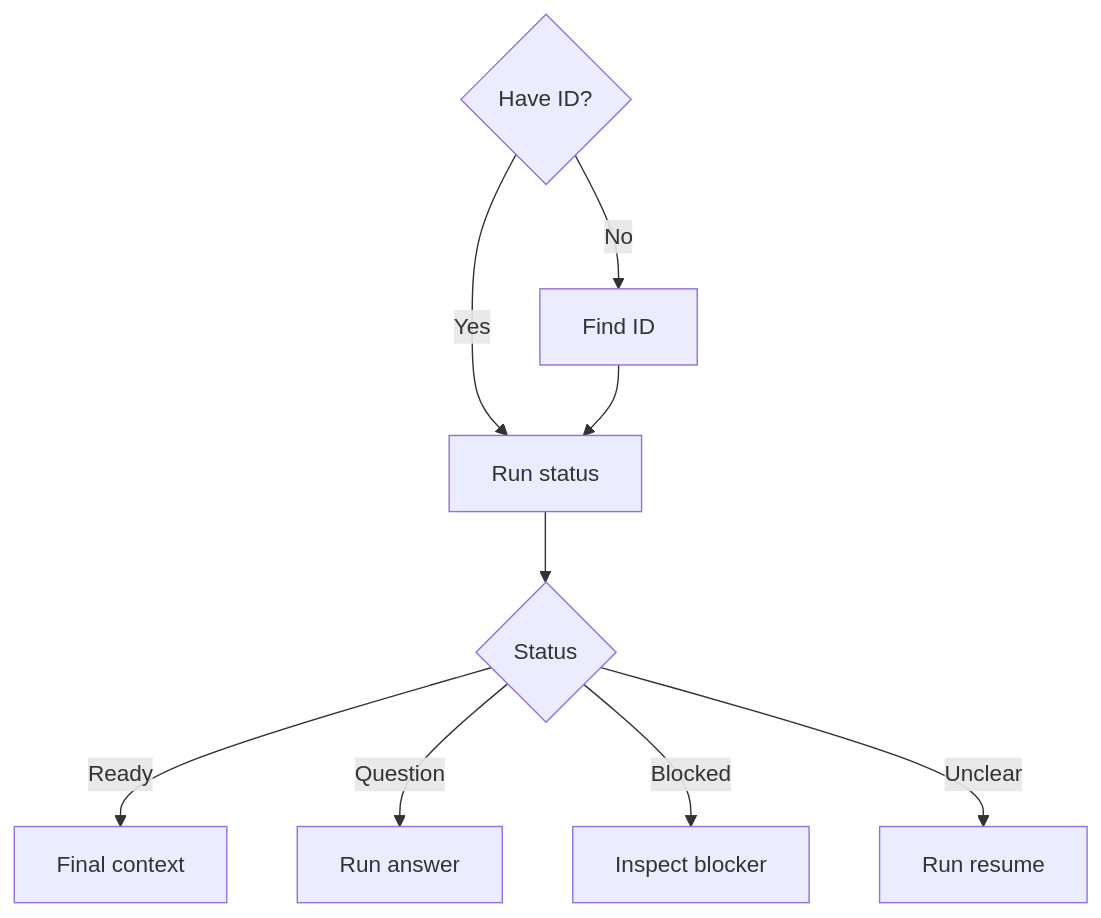
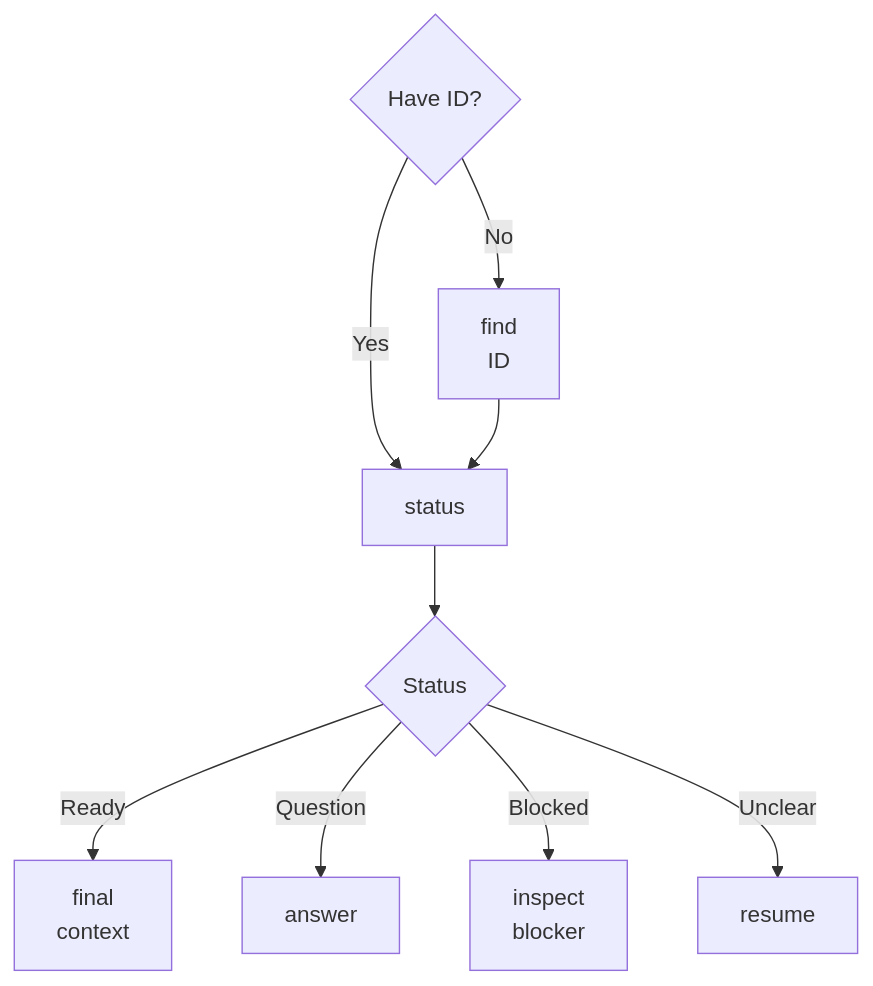
The seventh of 7 diagrams in README.md (TrailblazerSR/ask-tmux-pipeline), drawn with Mermaid before and after one commit. The commit also changed other lines of this file, not shown here.

First line of the commit message:
Wrap Mermaid labels for reliable GitHub rendering

````diff
--- a/README.md
+++ b/README.md
@@ -207,15 +234,18 @@
 ```mermaid
 flowchart TD
     accTitle: Recovery Inspection Flow
     accDescr: Recovery flow for locating a pipeline ID, checking status, and choosing whether to fetch context, answer a question, inspect a blocker, or resume
 
     have_id{Have ID?}
-    have_id -->|Yes| run_status[Run status]
-    have_id -->|No| find_id[Find ID]
+    have_id -->|Yes| run_status["`status`"]
+    have_id -->|No| find_id["`find
+    ID`"]
     find_id --> run_status
     run_status --> status_check{Status}
-    status_check -->|Ready| final_context[Final context]
-    status_check -->|Question| run_answer[Run answer]
-    status_check -->|Blocked| inspect_blocker[Inspect blocker]
-    status_check -->|Unclear| run_resume[Run resume]
+    status_check -->|Ready| final_context["`final
+    context`"]
+    status_check -->|Question| run_answer["`answer`"]
+    status_check -->|Blocked| inspect_blocker["`inspect
+    blocker`"]
+    status_check -->|Unclear| run_resume["`resume`"]
 ```
````
